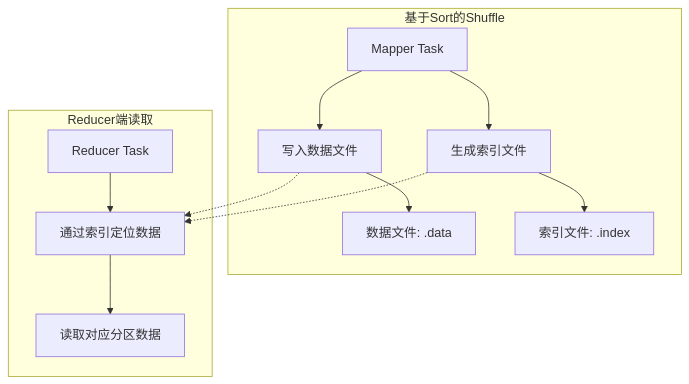
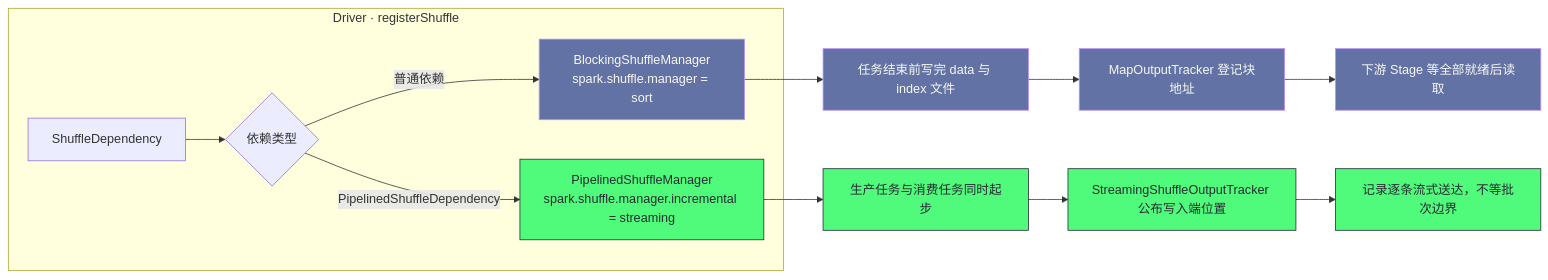
The sixth of 6 diagrams in content/大数据/Spark/读书笔记-spark内核/05_Shuffle核心机制/3. Spark_Shuffle框架演进与架构.md (hpliStartAgain/my-brain), drawn with Mermaid before and after one commit. The commit also changed other lines of this file and 259 other files, not shown here.

````diff
--- a/content/大数据/Spark/读书笔记-spark内核/05_Shuffle核心机制/3. Spark_Shuffle框架演进与架构.md
+++ b/content/大数据/Spark/读书笔记-spark内核/05_Shuffle核心机制/3. Spark_Shuffle框架演进与架构.md
@@ -89,17 +562,19 @@
 ```mermaid
-flowchart TD
-    subgraph "基于Sort的Shuffle"
-        A["Mapper Task"] --> B["写入数据文件"]
-        A --> C["生成索引文件"]
-        B --> D["数据文件: .data"]
-        C --> E["索引文件: .index"]
+%%{init: {'theme': 'dracula'}}%%
+flowchart LR
+    subgraph D["Driver · registerShuffle"]
+        DEP["ShuffleDependency"] --> RT{"依赖类型"}
+        RT -- "普通依赖" --> BM["BlockingShuffleManager<br/>spark.shuffle.manager = sort"]
+        RT -- "PipelinedShuffleDependency" --> PM["PipelinedShuffleManager<br/>spark.shuffle.manager.incremental = streaming"]
     end
-    
-    subgraph "Reducer端读取"
-        F["Reducer Task"] --> G["通过索引定位数据"]
-        G --> H["读取对应分区数据"]
-    end
-    
-    B -.-> G
-    C -.-> G
+    BM --> W1["任务结束前写完 data 与 index 文件"]
+    W1 --> T1["MapOutputTracker 登记块地址"]
+    T1 --> R1["下游 Stage 等全部就绪后读取"]
+    PM --> W2["生产任务与消费任务同时起步"]
+    W2 --> T2["StreamingShuffleOutputTracker 公布写入端位置"]
+    T2 --> R2["记录逐条流式送达，不等批次边界"]
+    classDef blk fill:#6272a4,stroke:#bd93f9,color:#f8f8f2
+    classDef pipe fill:#50fa7b,stroke:#282a36,color:#282a36
+    class BM,W1,T1,R1 blk
+    class PM,W2,T2,R2 pipe
 ```
````
